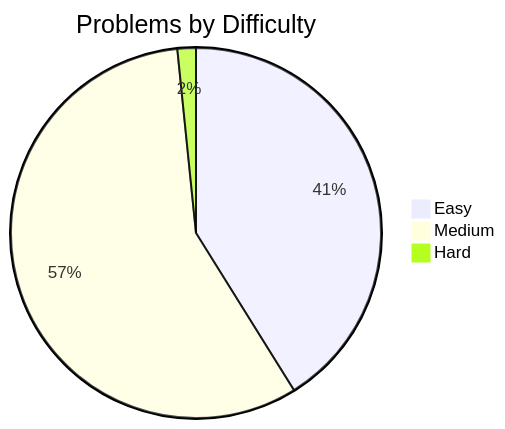
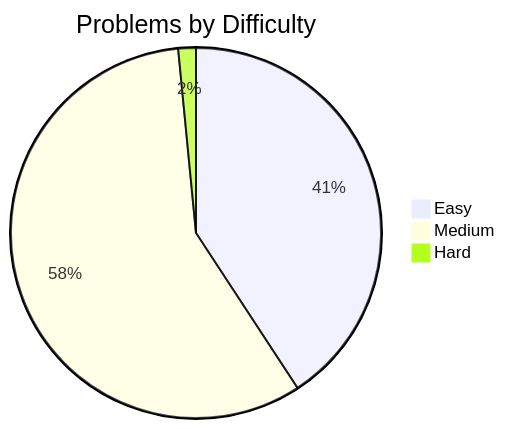
One commit to Jasjeet-Singh-S/100-days-DSA changed the first of 2 diagrams in readme.md. Above: the diagram before and after it, drawn with Mermaid. The commit also changed other lines of this file and 4 other files, not shown here.

````diff
--- a/readme.md
+++ b/readme.md
@@ -19,6 +19,6 @@
 ```mermaid
 pie title Problems by Difficulty
-    "Easy" : 51
-    "Medium" : 71
+    "Easy" : 53
+    "Medium" : 75
     "Hard" : 2
 ```
````
